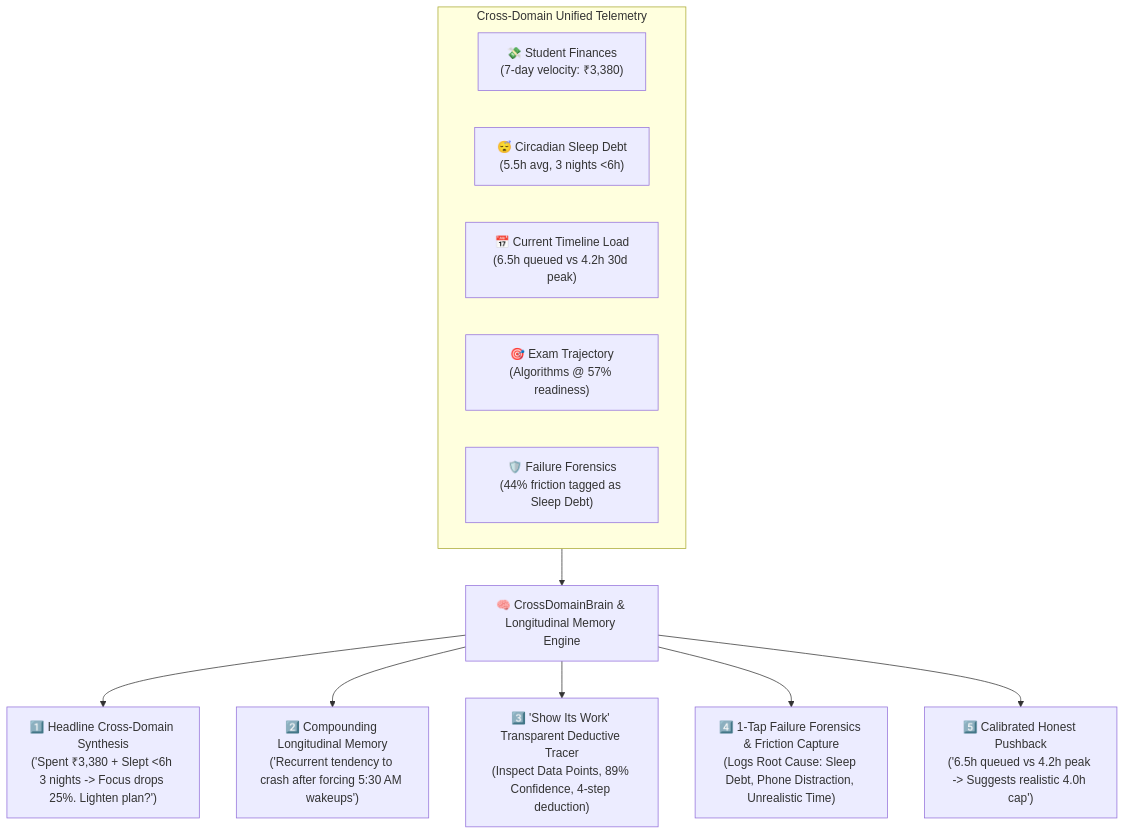
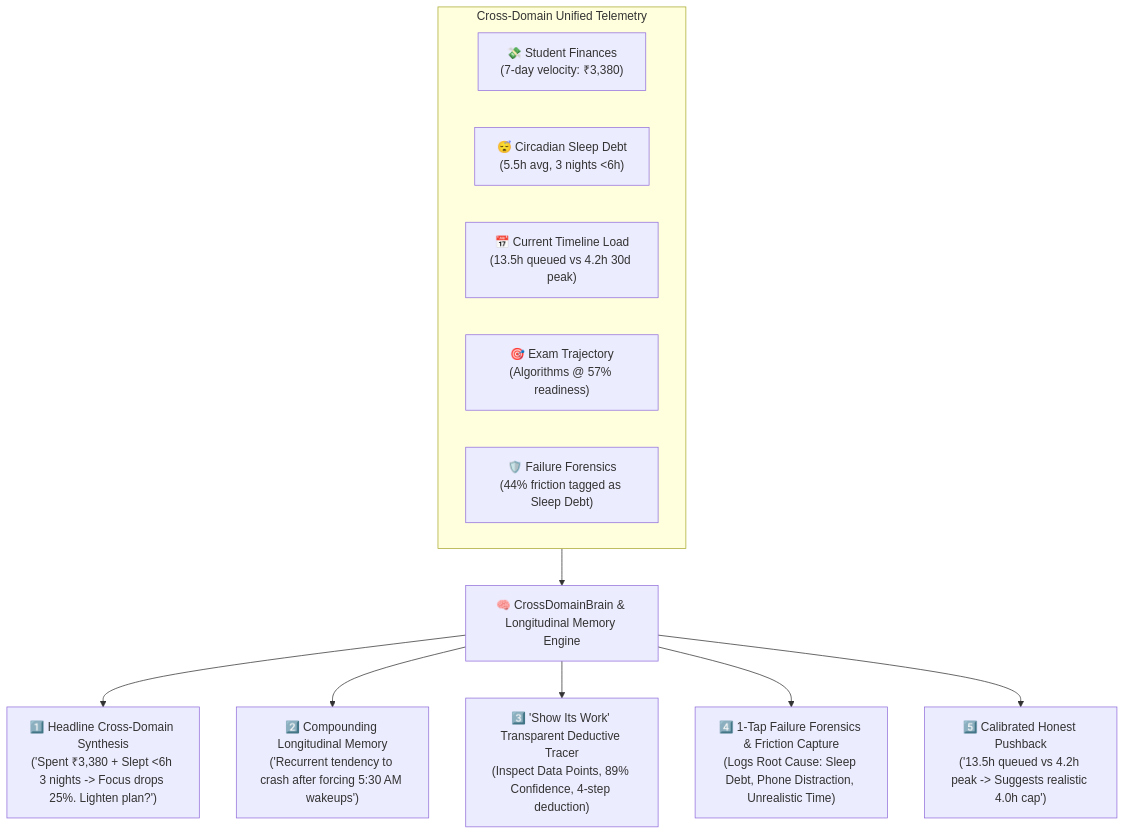
Before and after one commit to ai-mohitkumar/Sahay: the diagram in README.md, drawn with Mermaid. The commit also changed other lines of this file, not shown here.

````diff
--- a/README.md
+++ b/README.md
@@ -40,18 +42,18 @@
 ```mermaid
 flowchart TD
     subgraph Ingestion["Cross-Domain Unified Telemetry"]
         Fin["💸 Student Finances\n(7-day velocity: ₹3,380)"]
         Sleep["😴 Circadian Sleep Debt\n(5.5h avg, 3 nights <6h)"]
-        Load["📅 Current Timeline Load\n(6.5h queued vs 4.2h 30d peak)"]
+        Load["📅 Current Timeline Load\n(13.5h queued vs 4.2h 30d peak)"]
         Exam["🎯 Exam Trajectory\n(Algorithms @ 57% readiness)"]
         Forensics["🛡️ Failure Forensics\n(44% friction tagged as Sleep Debt)"]
     end
 
     Ingestion --> Engine["🧠 CrossDomainBrain & Longitudinal Memory Engine"]
 
     Engine --> Out1["1️⃣ Headline Cross-Domain Synthesis\n('Spent ₹3,380 + Slept <6h 3 nights -> Focus drops 25%. Lighten plan?')"]
     Engine --> Out2["2️⃣ Compounding Longitudinal Memory\n('Recurrent tendency to crash after forcing 5:30 AM wakeups')"]
     Engine --> Out3["3️⃣ 'Show Its Work' Transparent Deductive Tracer\n(Inspect Data Points, 89% Confidence, 4-step deduction)"]
     Engine --> Out4["4️⃣ 1-Tap Failure Forensics & Friction Capture\n(Logs Root Cause: Sleep Debt, Phone Distraction, Unrealistic Time)"]
-    Engine --> Out5["5️⃣ Calibrated Honest Pushback\n('6.5h queued vs 4.2h peak -> Suggests realistic 4.0h cap')"]
+    Engine --> Out5["5️⃣ Calibrated Honest Pushback\n('13.5h queued vs 4.2h peak -> Suggests realistic 4.0h cap')"]
 ```
````
